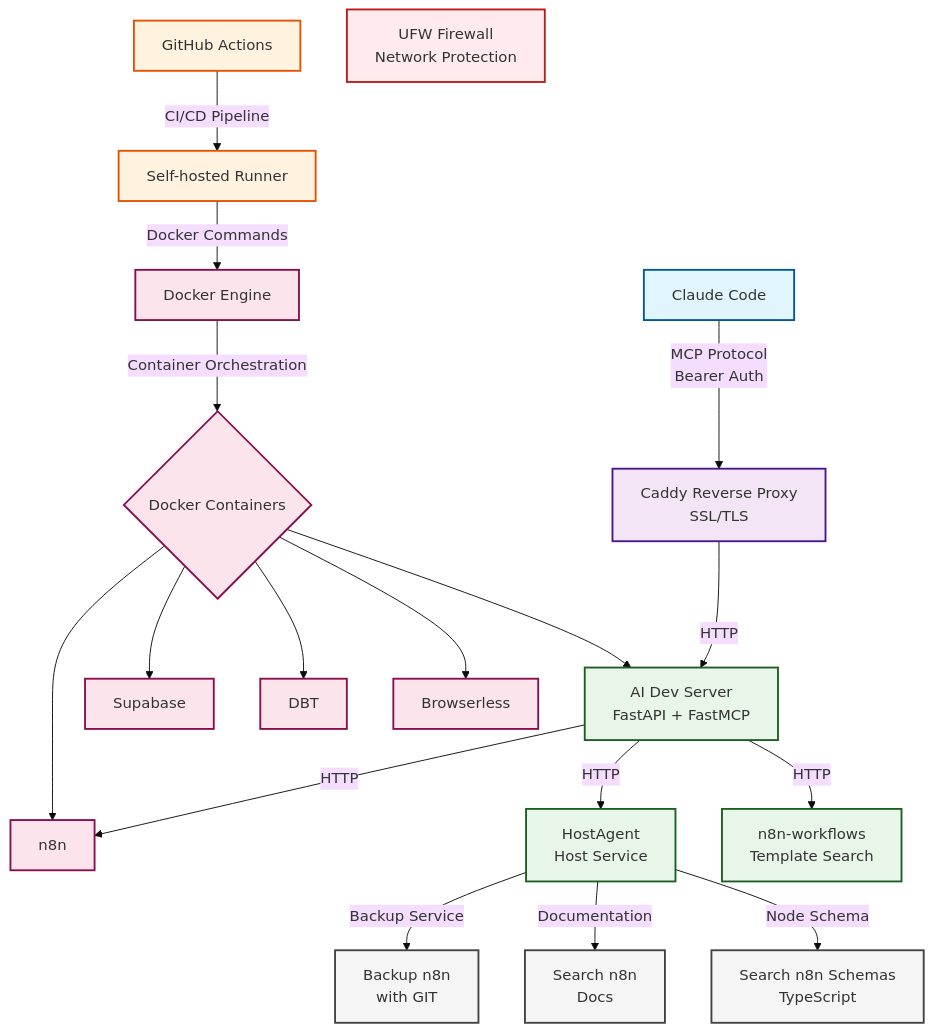
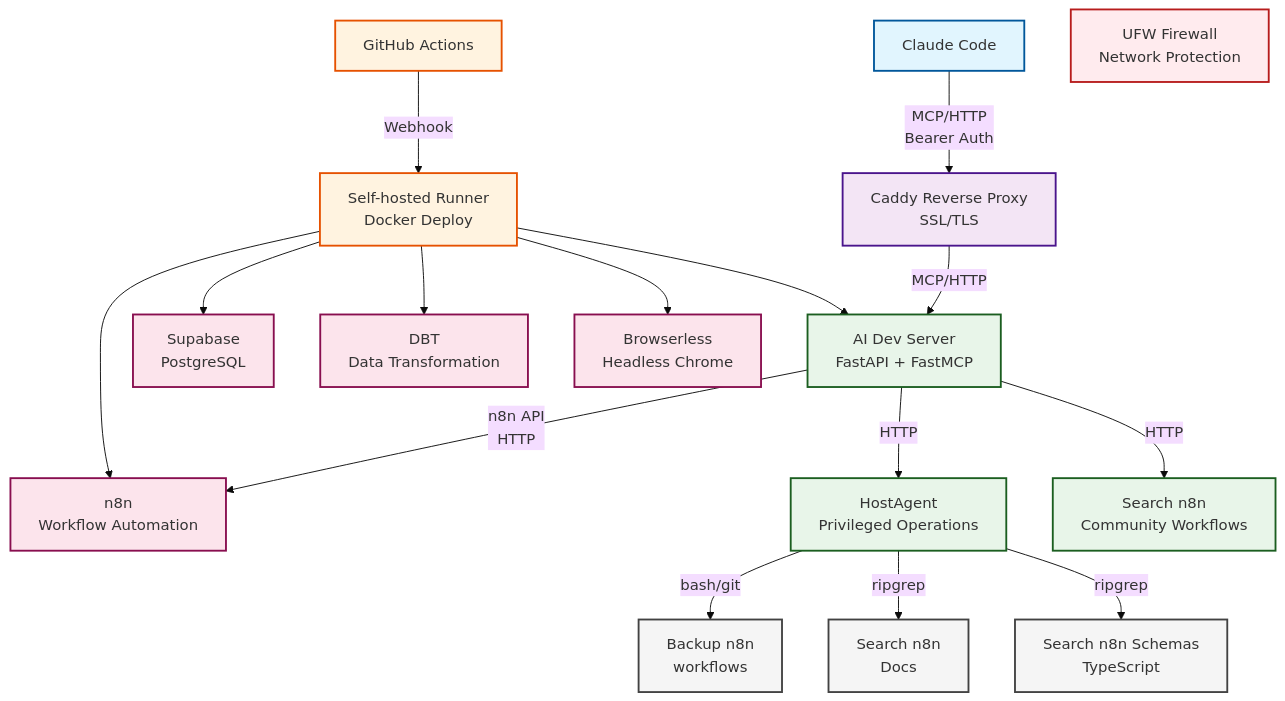
Before and after one commit to alderaan/vps: the diagram in README.md, drawn with Mermaid (base theme).

Commit message:
re-arranged mermaid

````diff
--- a/README.md
+++ b/README.md
@@ -24,51 +24,46 @@
 ```mermaid
 graph TB
     %% Client Layer
-    Client[Claude Code] -->|MCP Protocol<br/>Bearer Auth| Caddy[Caddy Reverse Proxy<br/>SSL/TLS]
+    Client[Claude Code] -->|MCP/HTTP<br/>Bearer Auth| Caddy[Caddy Reverse Proxy<br/>SSL/TLS]
     
     %% Web Layer
-    Caddy -->|HTTP| AIDev[AI Dev Server<br/>FastAPI + FastMCP]
+    Caddy -->|MCP/HTTP| AIDev[AI Dev Server<br/>FastAPI + FastMCP]
     
     %% Application Layer
-    AIDev -->|HTTP| N8N[n8n]
-    AIDev -->|HTTP| HostAgent[HostAgent<br/>Host Service]
-    AIDev -->|HTTP| Workflows[n8n-workflows<br/>Template Search]
+    AIDev -->|n8n API<br/>HTTP| N8N[n8n<br/>Workflow Automation]
+    AIDev -->|HTTP| HostAgent[HostAgent<br/>Privileged Operations]
+    AIDev -->|HTTP| Workflows[Search n8n<br/>Community Workflows]
     
     %% Host Services
-    HostAgent -->|Backup Service| BackupN8N[Backup n8n<br/>with GIT]
-    HostAgent -->|Documentation| SearchN8N[Search n8n<br/>Docs]
-    HostAgent -->|Node Schema| TypeScriptN8N[Search n8n Schemas<br/>TypeScript]
+    HostAgent -->|bash/git| BackupN8N[Backup n8n<br/>workflows]
+    HostAgent -->|ripgrep| SearchN8N[Search n8n<br/>Docs]
+    HostAgent -->|ripgrep| TypeScriptN8N[Search n8n Schemas<br/>TypeScript]
     
     %% Automation Layer
-    GitHub[GitHub Actions] -->|CI/CD Pipeline| Runner[Self-hosted Runner]
-    Runner -->|Docker Commands| Docker[Docker Engine]
-    
-    %% Container Management
-    Docker -->|Container Orchestration| Containers{Docker Containers}
-    Containers --> AIDev
-    Containers --> N8N
-    Containers --> Supabase
-    Containers --> DBT[DBT]
-    Containers --> Browserless[Browserless]
+    GitHub[GitHub Actions] -->|Webhook| Runner[Self-hosted Runner<br/>Docker Deploy]
+    Runner --> AIDev
+    Runner --> N8N
+    Runner --> Supabase[Supabase<br/>PostgreSQL]
+    Runner --> DBT[DBT<br/>Data Transformation]
+    Runner --> Browserless[Browserless<br/>Headless Chrome]
     
     %% Security Layer (standalone boxes)
     UFW[UFW Firewall<br/>Network Protection]
     
     %% Styling
     classDef client fill:#e1f5fe,stroke:#01579b,stroke-width:2px
     classDef web fill:#f3e5f5,stroke:#4a148c,stroke-width:2px
     classDef app fill:#e8f5e9,stroke:#1b5e20,stroke-width:2px
     classDef host fill:#f5f5f5,stroke:#424242,stroke-width:2px
     classDef infra fill:#fff3e0,stroke:#e65100,stroke-width:2px
     classDef container fill:#fce4ec,stroke:#880e4f,stroke-width:2px
     classDef security fill:#ffebee,stroke:#b71c1c,stroke-width:2px
     
     class Client client
     class Caddy web
     class AIDev,HostAgent,Workflows app
     class N8N,Supabase,DBT,Browserless container
     class BackupN8N,SearchN8N,TypeScriptN8N host
     class GitHub,Runner infra
-    class Docker,Containers container
     class UFW security
 ```
````
